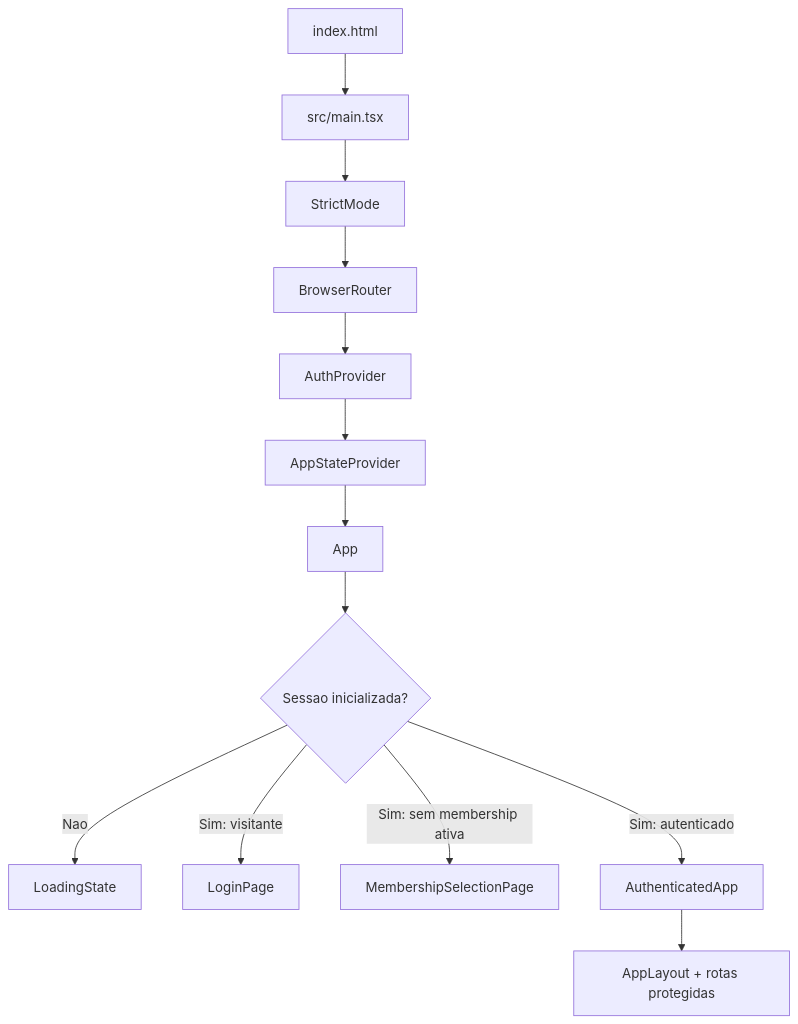
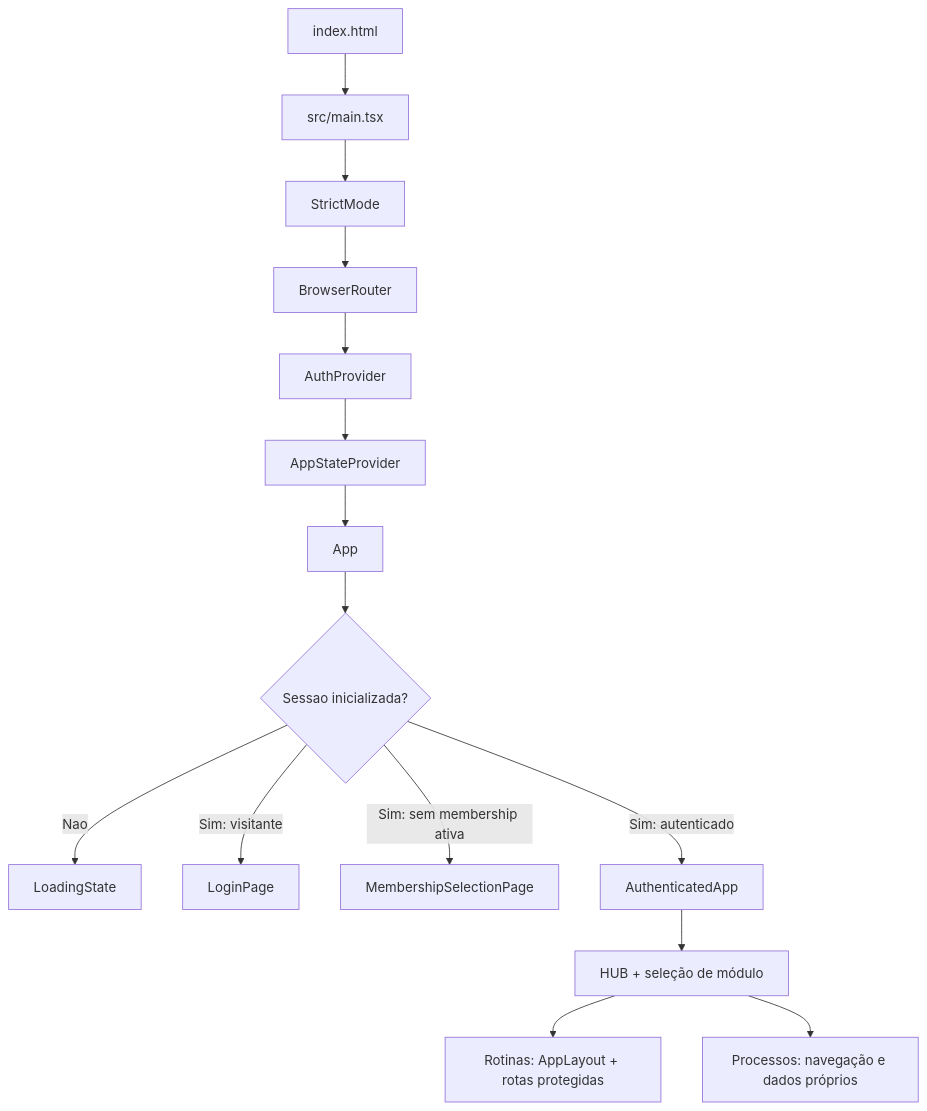
One commit to GustavoFC10/Gerenciador_de_Rotinas-frontend changed the diagram in ARQUITETURA_FRONTEND.md. Above: the diagram before and after it, drawn with Mermaid. The commit also changed other lines of this file and 88 other files, not shown here.

````diff
--- a/ARQUITETURA_FRONTEND.md
+++ b/ARQUITETURA_FRONTEND.md
@@ -33,15 +33,17 @@
 ```mermaid
 flowchart TD
     A[index.html] --> B[src/main.tsx]
     B --> C[StrictMode]
     C --> D[BrowserRouter]
     D --> E[AuthProvider]
     E --> F[AppStateProvider]
     F --> G[App]
     G --> H{Sessao inicializada?}
     H -- Nao --> I[LoadingState]
     H -- Sim: visitante --> J[LoginPage]
     H -- Sim: sem membership ativa --> K[MembershipSelectionPage]
     H -- Sim: autenticado --> L[AuthenticatedApp]
-    L --> M[AppLayout + rotas protegidas]
+    L --> M[HUB + seleção de módulo]
+    M --> N[Rotinas: AppLayout + rotas protegidas]
+    M --> O[Processos: navegação e dados próprios]
 ```
````
